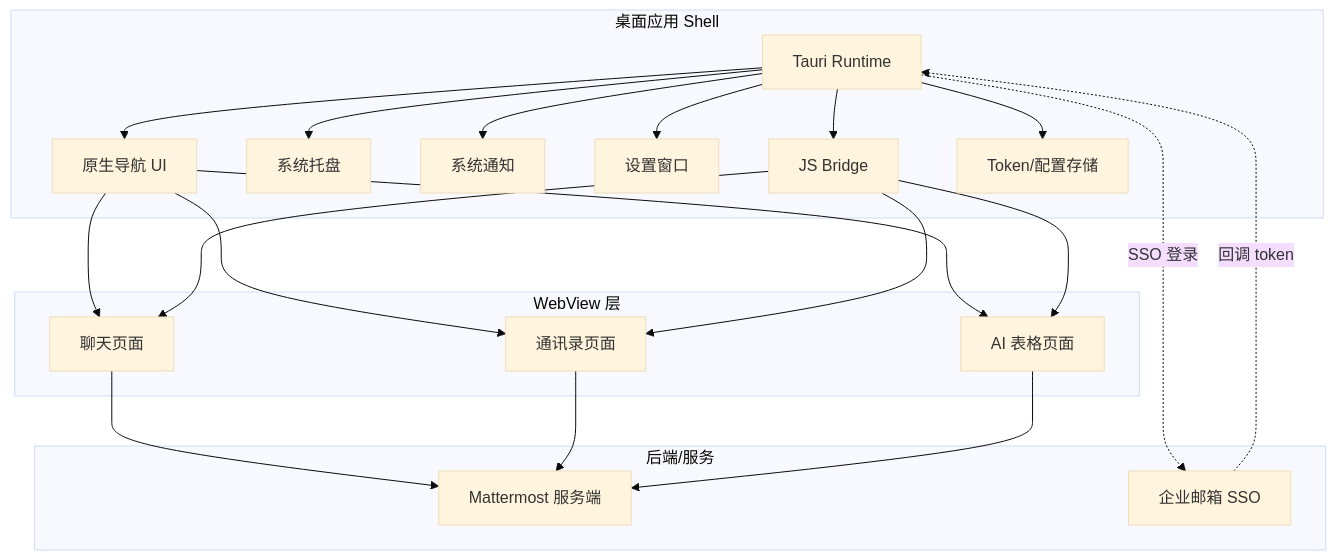
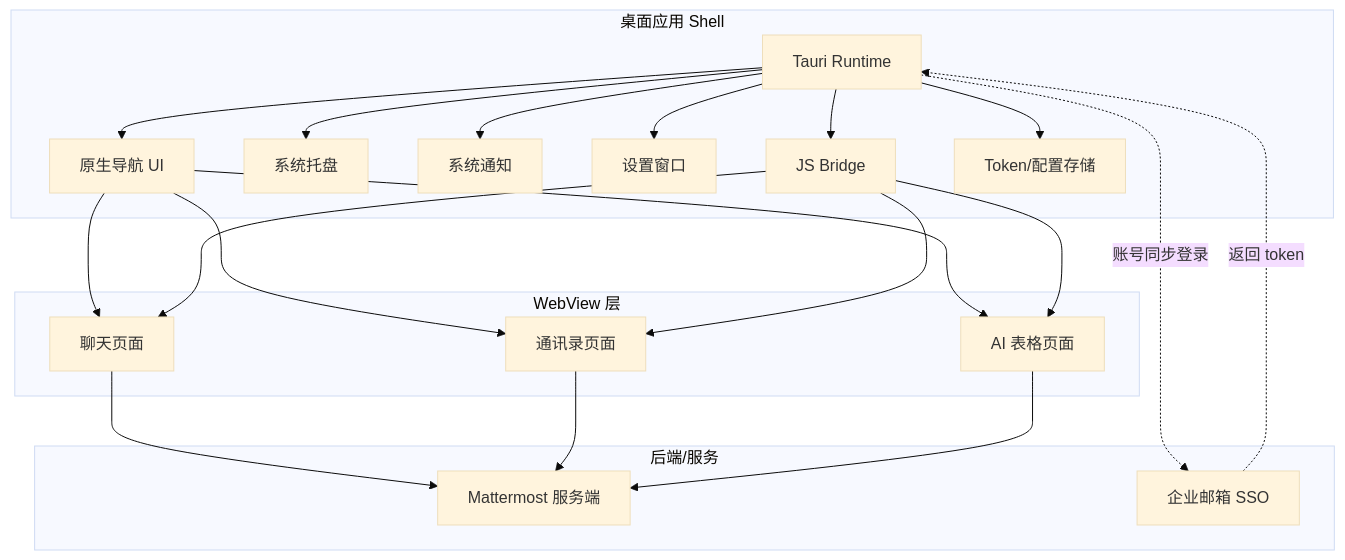
Before and after one commit to sushanglewis/WeLink: the fourth of 4 diagrams in issue-11/designs/issue-11/flows.md, drawn with Mermaid (base theme). The commit also changed other lines of this file and 10 other files, not shown here.

````diff
--- a/issue-11/designs/issue-11/flows.md
+++ b/issue-11/designs/issue-11/flows.md
@@ -81,41 +90,41 @@
 ```mermaid
 graph TB
     subgraph 桌面应用 Shell
         A[Tauri Runtime]
         B[原生导航 UI]
         C[系统托盘]
         D[系统通知]
         E[设置窗口]
         F[JS Bridge]
         G[Token/配置存储]
     end
 
     subgraph WebView 层
         H[聊天页面]
         I[通讯录页面]
         J[AI 表格页面]
     end
 
     subgraph 后端/服务
         K[Mattermost 服务端]
         L[企业邮箱 SSO]
     end
 
     A --> B
     A --> C
     A --> D
     A --> E
     A --> F
     A --> G
     B --> H
     B --> I
     B --> J
     F --> H
     F --> I
     F --> J
     H --> K
     I --> K
     J --> K
-    A -.->|SSO 登录| L
-    L -.->|回调 token| A
+    A -.->|账号同步登录| L
+    L -.->|返回 token| A
 ```
````
